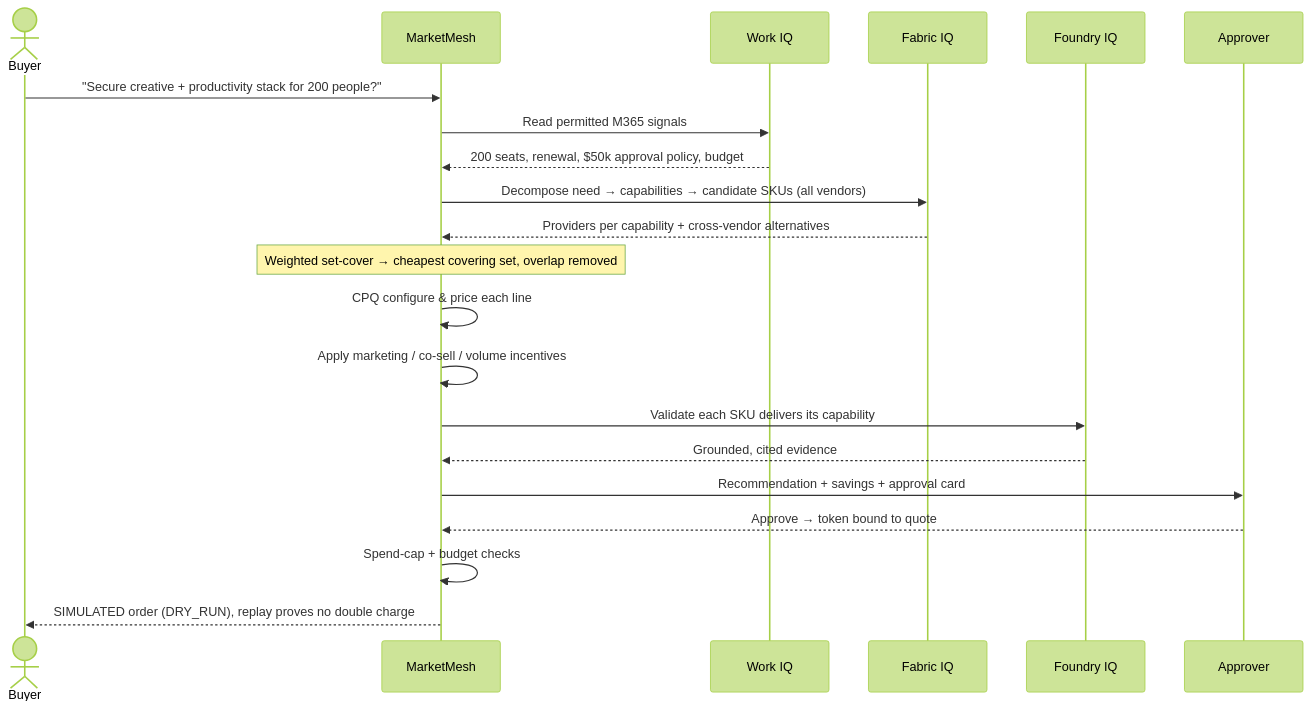
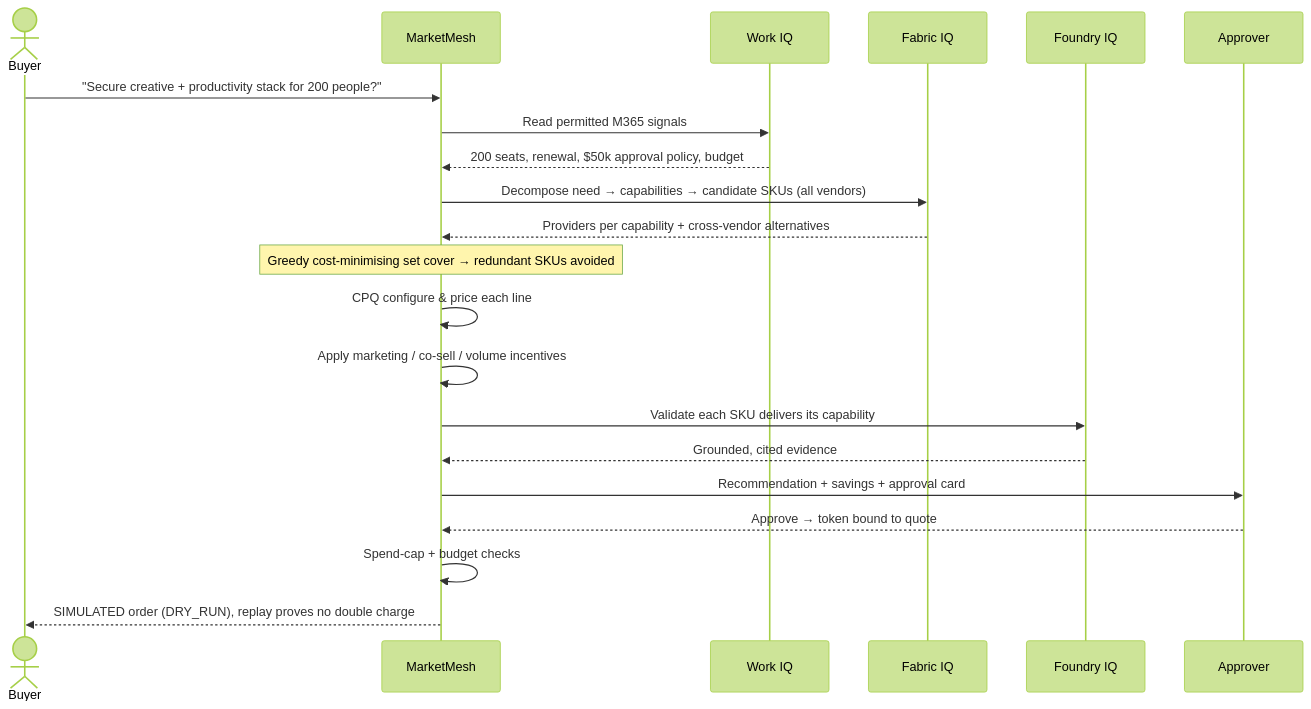
Before and after one commit to tdsnxtaskin-tugay/marketmesh-commerce-agent: the first of 2 diagrams in ARCHITECTURE.md, drawn with Mermaid (forest theme). The commit also changed 12 other files, not shown here.

````diff
--- a/ARCHITECTURE.md
+++ b/ARCHITECTURE.md
@@ -25,24 +25,24 @@
 ```mermaid
 sequenceDiagram
     actor Buyer
     participant Agent as MarketMesh
     participant WIQ as Work IQ
     participant FAB as Fabric IQ
     participant FND as Foundry IQ
     participant Human as Approver
 
     Buyer->>Agent: "Secure creative + productivity stack for 200 people?"
     Agent->>WIQ: Read permitted M365 signals
     WIQ-->>Agent: 200 seats, renewal, $50k approval policy, budget
     Agent->>FAB: Decompose need → capabilities → candidate SKUs (all vendors)
     FAB-->>Agent: Providers per capability + cross-vendor alternatives
-    Note over Agent: Weighted set-cover → cheapest covering set, overlap removed
+    Note over Agent: Greedy cost-minimising set cover → redundant SKUs avoided
     Agent->>Agent: CPQ configure & price each line
     Agent->>Agent: Apply marketing / co-sell / volume incentives
     Agent->>FND: Validate each SKU delivers its capability
     FND-->>Agent: Grounded, cited evidence
     Agent->>Human: Recommendation + savings + approval card
     Human-->>Agent: Approve → token bound to quote
     Agent->>Agent: Spend-cap + budget checks
     Agent-->>Buyer: SIMULATED order (DRY_RUN), replay proves no double charge
 ```
````
